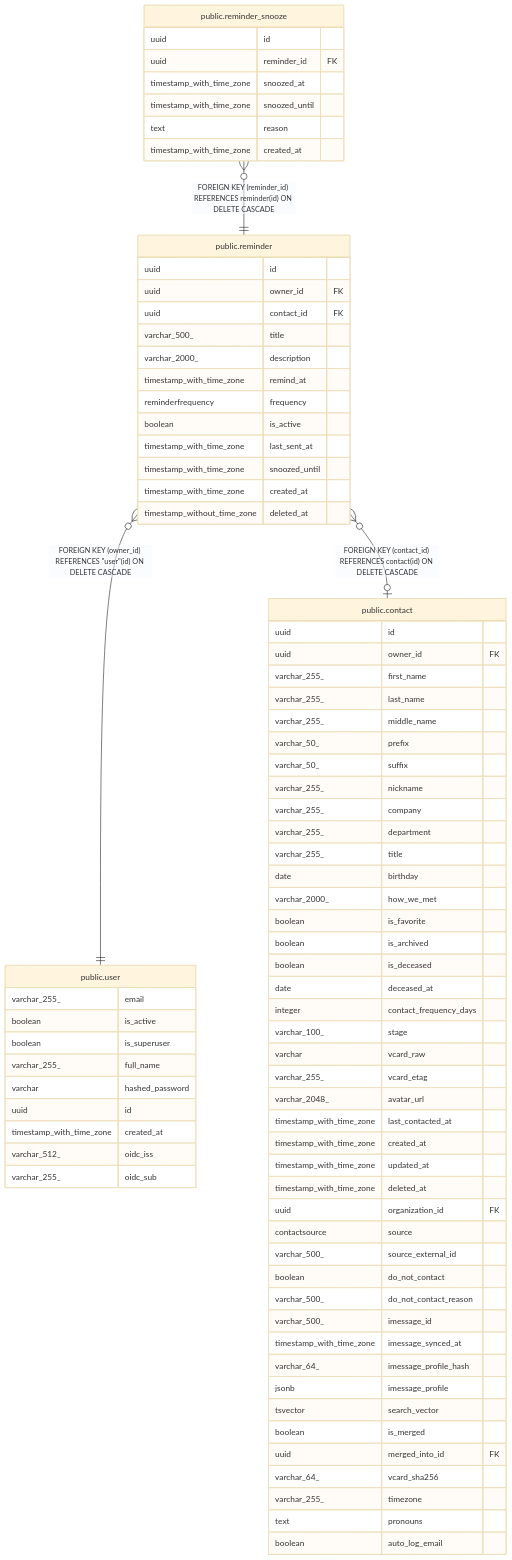
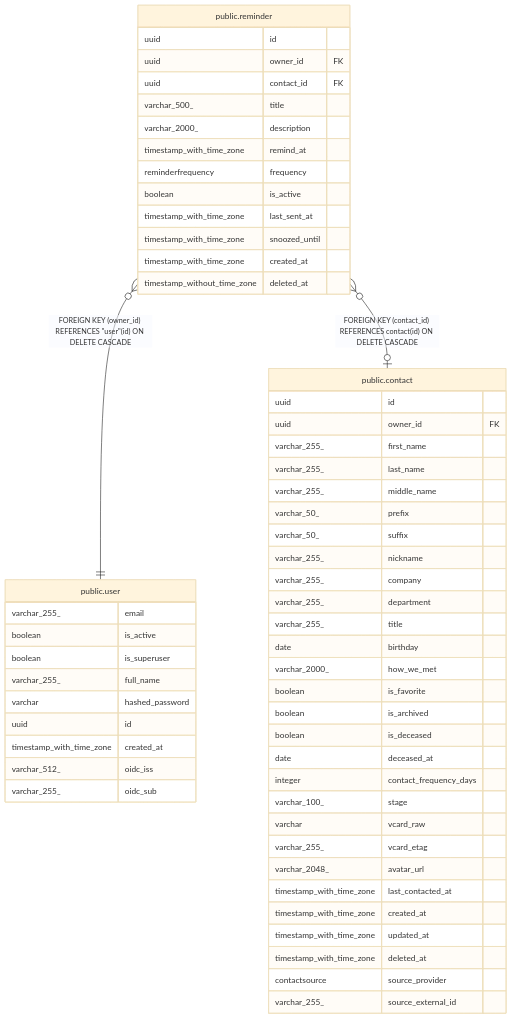
The diagram in docs/db/public.reminder.md (pike00/Kindred), drawn with Mermaid (base theme) before and after one commit. The commit also changed other lines of this file and 30 other files, not shown here.

````diff
--- a/docs/db/public.reminder.md
+++ b/docs/db/public.reminder.md
@@ -52,7 +52,6 @@
 ```mermaid
 erDiagram
 
-"public.reminder_snooze" }o--|| "public.reminder" : "FOREIGN KEY (reminder_id) REFERENCES reminder(id) ON DELETE CASCADE"
 "public.reminder" }o--|| "public.user" : "FOREIGN KEY (owner_id) REFERENCES #quot;user#quot;(id) ON DELETE CASCADE"
 "public.reminder" }o--o| "public.contact" : "FOREIGN KEY (contact_id) REFERENCES contact(id) ON DELETE CASCADE"
 
@@ -69,14 +68,6 @@
   timestamp_with_time_zone snoozed_until
   timestamp_with_time_zone created_at
   timestamp_without_time_zone deleted_at
-}
-"public.reminder_snooze" {
-  uuid id
-  uuid reminder_id FK
-  timestamp_with_time_zone snoozed_at
-  timestamp_with_time_zone snoozed_until
-  text reason
-  timestamp_with_time_zone created_at
 }
 "public.user" {
   varchar_255_ email
@@ -116,21 +107,7 @@
   timestamp_with_time_zone created_at
   timestamp_with_time_zone updated_at
   timestamp_with_time_zone deleted_at
-  uuid organization_id FK
-  contactsource source
-  varchar_500_ source_external_id
-  boolean do_not_contact
-  varchar_500_ do_not_contact_reason
-  varchar_500_ imessage_id
-  timestamp_with_time_zone imessage_synced_at
-  varchar_64_ imessage_profile_hash
-  jsonb imessage_profile
-  tsvector search_vector
-  boolean is_merged
-  uuid merged_into_id FK
-  varchar_64_ vcard_sha256
-  varchar_255_ timezone
-  text pronouns
-  boolean auto_log_email
+  contactsource source_provider
+  varchar_255_ source_external_id
 }
 ```
````
